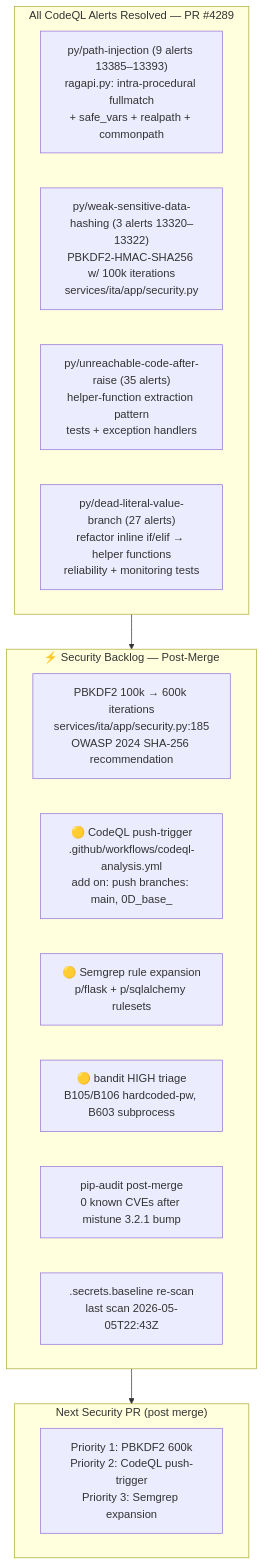
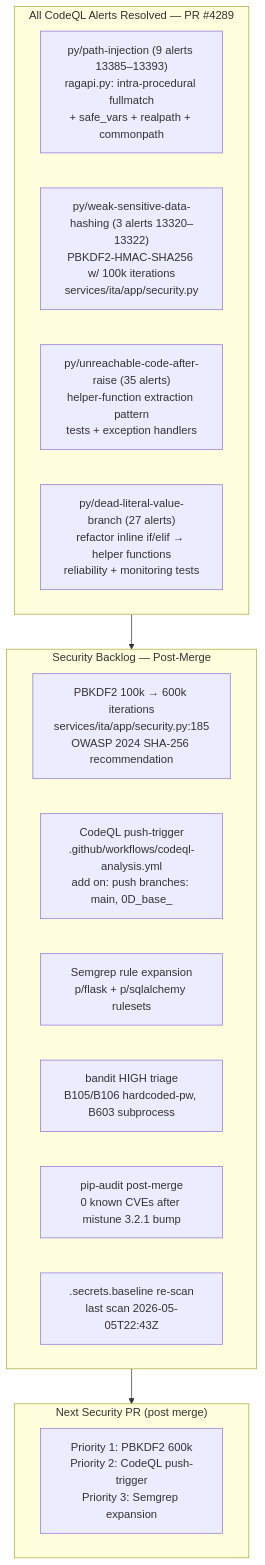
Before and after one commit to Aries-Serpent/_codex_: the ninth of 26 diagrams in docs/sessions/PR4317_session_diagram.md, drawn with Mermaid. The commit also changed other lines of this file and 1989 other files, not shown here.

````diff
--- a/docs/sessions/PR4317_session_diagram.md
+++ b/docs/sessions/PR4317_session_diagram.md
@@ -259,26 +259,26 @@
 ```mermaid
 %%{init: {'accessibility': {'title': 'Flowchart showing " All CodeQL Alerts Resolved — PR #4289", "py/path-injection (9 alerts 13385–13393)\nragapi.py: intra-procedural fullmatch\n+ safe_vars + realpath + commonpath"'}}%%
 flowchart TD
     subgraph RESOLVED[" All CodeQL Alerts Resolved — PR #4289"]
         R1["py/path-injection (9 alerts 13385–13393)\nragapi.py: intra-procedural fullmatch\n+ safe_vars + realpath + commonpath"]
         R2["py/weak-sensitive-data-hashing (3 alerts 13320–13322)\nPBKDF2-HMAC-SHA256 w/ 100k iterations\nservices/ita/app/security.py"]
         R3["py/unreachable-code-after-raise (35 alerts)\nhelper-function extraction pattern\ntests + exception handlers"]
         R4["py/dead-literal-value-branch (27 alerts)\nrefactor inline if/elif → helper functions\nreliability + monitoring tests"]
     end
 
-    subgraph BACKLOG["⚡ Security Backlog — Post-Merge"]
+    subgraph BACKLOG[" Security Backlog — Post-Merge"]
         B1[" PBKDF2 100k → 600k iterations\nservices/ita/app/security.py:185\nOWASP 2024 SHA-256 recommendation"]
-        B2["🟡 CodeQL push-trigger\n.github/workflows/codeql-analysis.yml\nadd on: push branches: main, 0D_base_"]
-        B3["🟡 Semgrep rule expansion\np/flask + p/sqlalchemy rulesets"]
-        B4["🟡 bandit HIGH triage\nB105/B106 hardcoded-pw, B603 subprocess"]
+        B2[" CodeQL push-trigger\n.github/workflows/codeql-analysis.yml\nadd on: push branches: main, 0D_base_"]
+        B3[" Semgrep rule expansion\np/flask + p/sqlalchemy rulesets"]
+        B4[" bandit HIGH triage\nB105/B106 hardcoded-pw, B603 subprocess"]
         B5[" pip-audit post-merge\n0 known CVEs after mistune 3.2.1 bump"]
         B6[" .secrets.baseline re-scan\nlast scan 2026-05-05T22:43Z"]
     end
 
     subgraph NEXT[" Next Security PR (post merge)"]
         N1["Priority 1: PBKDF2 600k\nPriority 2: CodeQL push-trigger\nPriority 3: Semgrep expansion"]
     end
 
     RESOLVED --> BACKLOG
     BACKLOG --> NEXT
 ```
````
